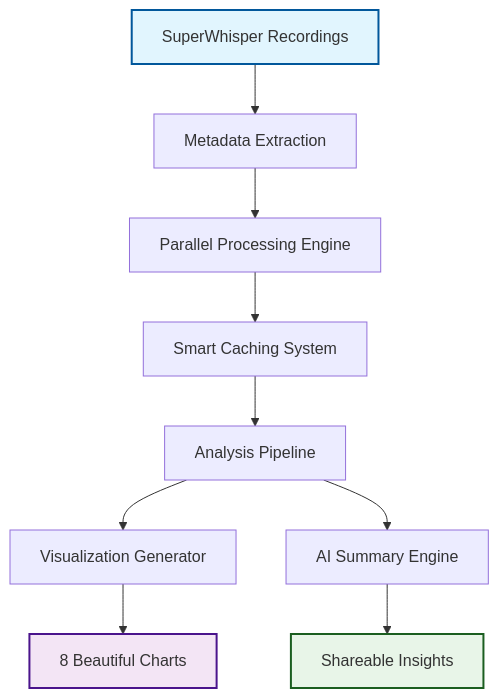
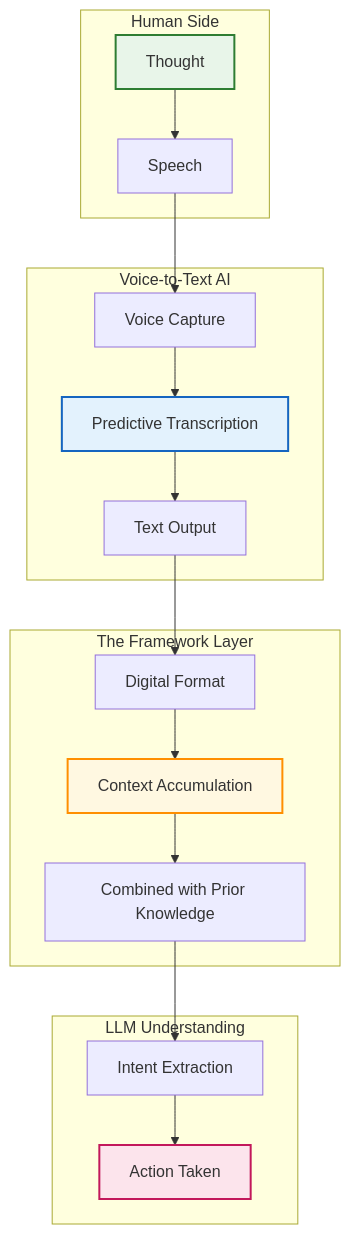
Before and after one commit to Ideaplaces/ciprianrarau.com: the diagram in src/data/post/voice-analytics-revolution.md, drawn with Mermaid. The commit also changed other lines of this file and 3 other files, not shown here.

First line of the commit message:
Update voice analytics revolution with Wispr Flow journey

````diff
--- a/src/data/post/voice-analytics-revolution.md
+++ b/src/data/post/voice-analytics-revolution.md
@@ -48,15 +50,28 @@
 ```mermaid
 flowchart TD
-    A[SuperWhisper Recordings] --> B[Metadata Extraction]
-    B --> C[Parallel Processing Engine]
-    C --> D[Smart Caching System]
-    D --> E[Analysis Pipeline]
-    E --> F[Visualization Generator]
-    E --> G[AI Summary Engine]
-    F --> H[8 Beautiful Charts]
-    G --> I[Shareable Insights]
-    
-    style A fill:#e1f5fe,stroke:#01579b,stroke-width:2px
-    style H fill:#f3e5f5,stroke:#4a148c,stroke-width:2px
-    style I fill:#e8f5e8,stroke:#1b5e20,stroke-width:2px
+    subgraph Human["Human Side"]
+        A[Thought] --> B[Speech]
+    end
+
+    subgraph AI["Voice-to-Text AI"]
+        B --> C[Voice Capture]
+        C --> D[Predictive Transcription]
+        D --> E[Text Output]
+    end
+
+    subgraph Framework["The Framework Layer"]
+        E --> F[Digital Format]
+        F --> G[Context Accumulation]
+        G --> H[Combined with Prior Knowledge]
+    end
+
+    subgraph LLM["LLM Understanding"]
+        H --> I[Intent Extraction]
+        I --> J[Action Taken]
+    end
+
+    style A fill:#e8f5e9,stroke:#2e7d32,stroke-width:2px
+    style D fill:#e3f2fd,stroke:#1565c0,stroke-width:2px
+    style G fill:#fff8e1,stroke:#ff8f00,stroke-width:2px
+    style J fill:#fce4ec,stroke:#c2185b,stroke-width:2px
 ```
````
